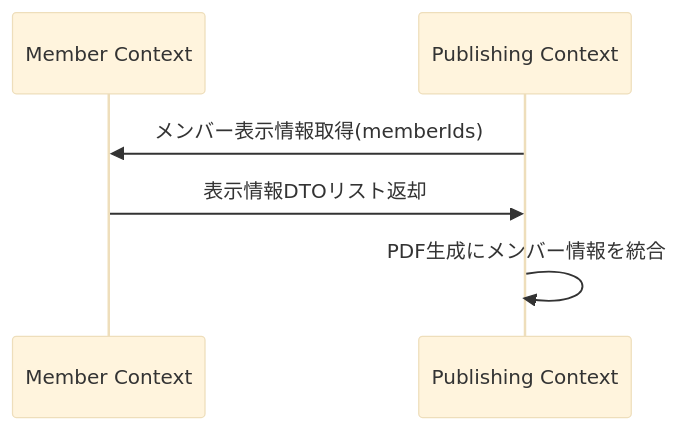
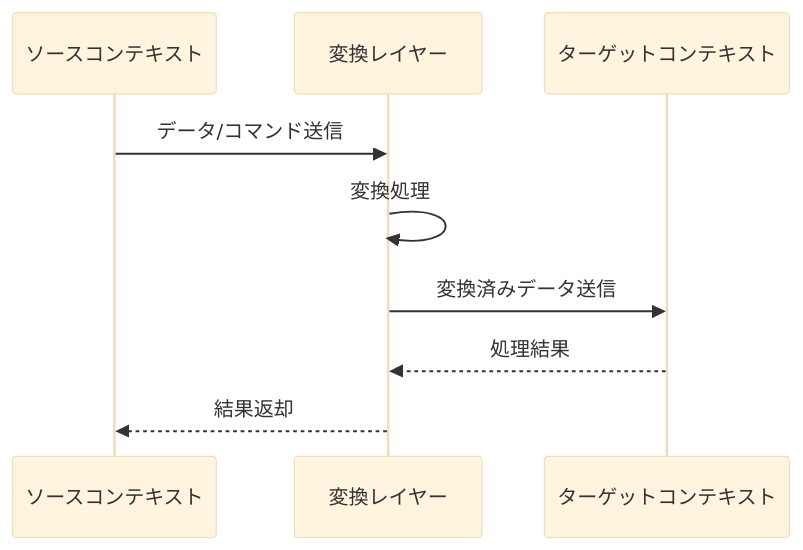
Diagram 15 of 15 in 設計書/03_バウンデッドコンテキスト.md (NowatariSoma/tomosigoto_nou_system), drawn with Mermaid (base theme) before and after one commit. The commit also changed other lines of this file and 12 other files, not shown here.

````diff
--- a/設計書/03_バウンデッドコンテキスト.md
+++ b/設計書/03_バウンデッドコンテキスト.md
@@ -305,10 +564,12 @@
 ```mermaid
 sequenceDiagram
-    participant M as Member Context
-    participant P as Publishing Context
+    participant Source as ソースコンテキスト
+    participant ACL as 変換レイヤー
+    participant Target as ターゲットコンテキスト
     
-    P->>M: メンバー表示情報取得(memberIds)
-    M->>P: 表示情報DTOリスト返却
-    
-    P->>P: PDF生成にメンバー情報を統合
-``` 
+    Source->>ACL: データ/コマンド送信
+    ACL->>ACL: 変換処理
+    ACL->>Target: 変換済みデータ送信
+    Target-->>ACL: 処理結果
+    ACL-->>Source: 結果返却
+```
````
